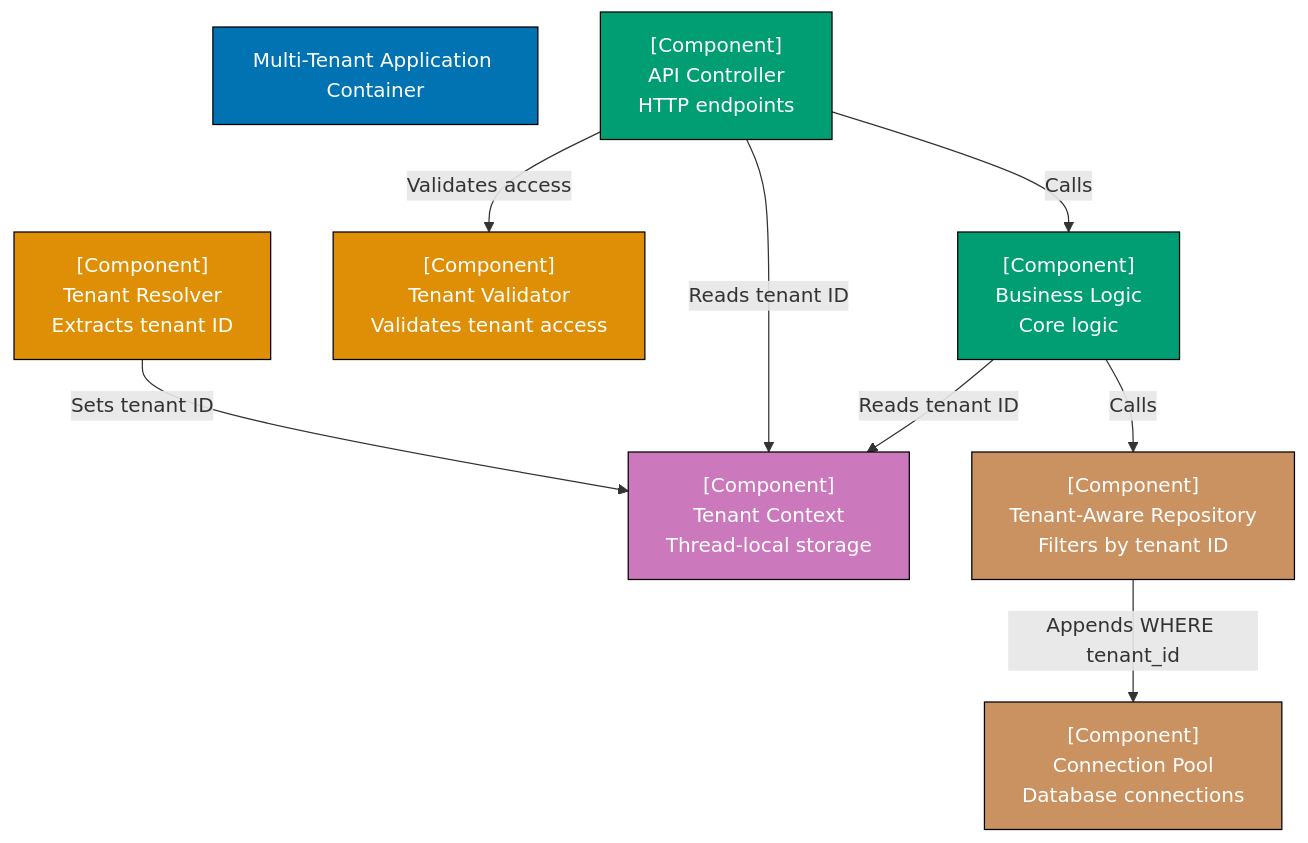
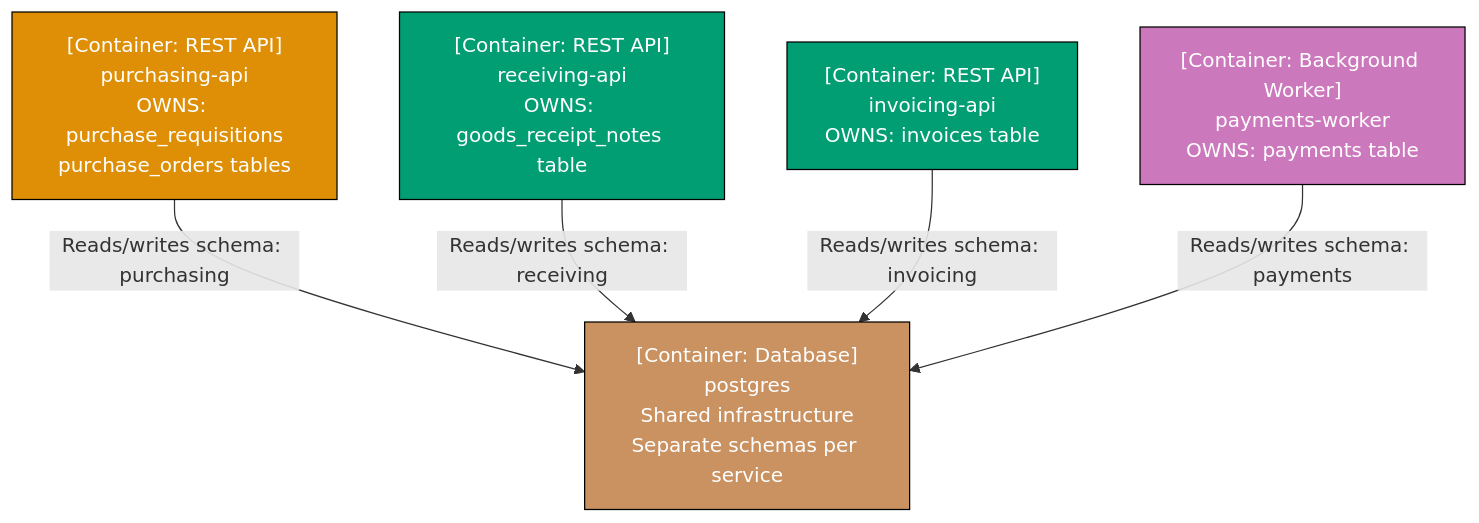
Diagram 13 of 30 in apps/ayokoding-web/content/en/learn/software-engineering/architecture/c4-architecture-model/by-example/intermediate.md (wahidyankf/open-sharia-enterprise), drawn with Mermaid before and after one commit. The commit also changed other lines of this file and 38 other files, not shown here.

First line of the commit message:
docs(ayokoding-web): unify architecture tutorials on shared P2P domain

````diff
--- a/apps/ayokoding-web/content/en/learn/software-engineering/architecture/c4-architecture-model/by-example/intermediate.md
+++ b/apps/ayokoding-web/content/en/learn/software-engineering/architecture/c4-architecture-model/by-example/intermediate.md
@@ -416,34 +530,19 @@
 ```mermaid
 graph TD
-    MultiTenantApp["Multi-Tenant Application Container"]
+    PurchAPI["[Container: REST API]<br/>purchasing-api<br/>OWNS: purchase_requisitions<br/>purchase_orders tables"]
+    RecvAPI["[Container: REST API]<br/>receiving-api<br/>OWNS: goods_receipt_notes table"]
+    InvAPI["[Container: REST API]<br/>invoicing-api<br/>OWNS: invoices table"]
+    PayWorker["[Container: Background Worker]<br/>payments-worker<br/>OWNS: payments table"]
+    PG["[Container: Database]<br/>postgres<br/>Shared infrastructure<br/>Separate schemas per service"]
 
-    TenantResolver["[Component]<br/>Tenant Resolver<br/>Extracts tenant ID"]
-    TenantContext["[Component]<br/>Tenant Context<br/>Thread-local storage"]
+    PurchAPI -->|"Reads/writes schema: purchasing"| PG
+    RecvAPI -->|"Reads/writes schema: receiving"| PG
+    InvAPI -->|"Reads/writes schema: invoicing"| PG
+    PayWorker -->|"Reads/writes schema: payments"| PG
 
-    APIController["[Component]<br/>API Controller<br/>HTTP endpoints"]
-
-    TenantValidator["[Component]<br/>Tenant Validator<br/>Validates tenant access"]
-
-    BusinessLogic["[Component]<br/>Business Logic<br/>Core logic"]
-
-    TenantAwareRepository["[Component]<br/>Tenant-Aware Repository<br/>Filters by tenant ID"]
-
-    ConnectionPool["[Component]<br/>Connection Pool<br/>Database connections"]
-
-    TenantResolver -->|"Sets tenant ID"| TenantContext
-    APIController -->|"Reads tenant ID"| TenantContext
-    APIController -->|"Validates access"| TenantValidator
-    APIController -->|"Calls"| BusinessLogic
-    BusinessLogic -->|"Reads tenant ID"| TenantContext
-    BusinessLogic -->|"Calls"| TenantAwareRepository
-    TenantAwareRepository -->|"Appends WHERE tenant_id"| ConnectionPool
-
-    style MultiTenantApp fill:#0173B2,stroke:#000,color:#fff
-    style TenantResolver fill:#DE8F05,stroke:#000,color:#fff
-    style TenantContext fill:#CC78BC,stroke:#000,color:#fff
-    style APIController fill:#029E73,stroke:#000,color:#fff
-    style TenantValidator fill:#DE8F05,stroke:#000,color:#fff
-    style BusinessLogic fill:#029E73,stroke:#000,color:#fff
-    style TenantAwareRepository fill:#CA9161,stroke:#000,color:#fff
-    style ConnectionPool fill:#CA9161,stroke:#000,color:#fff
+    style PurchAPI fill:#DE8F05,stroke:#000,color:#fff
+    style RecvAPI fill:#029E73,stroke:#000,color:#fff
+    style InvAPI fill:#029E73,stroke:#000,color:#fff
+    style PayWorker fill:#CC78BC,stroke:#000,color:#fff
+    style PG fill:#CA9161,stroke:#000,color:#fff
 ```
````
